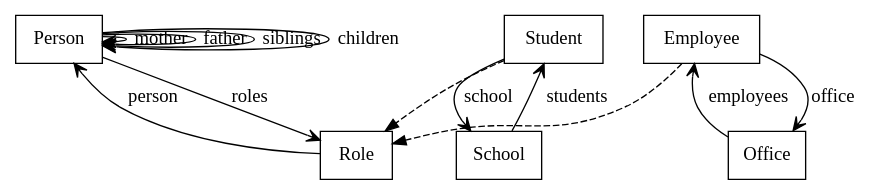
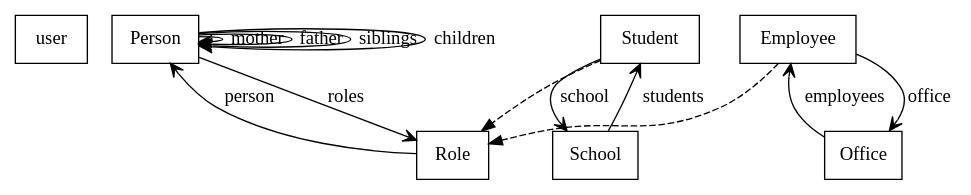
One commit to louiz/litesql changed the diagram in src/examples/exampledatabase.dot. Above: the diagram before and after it, drawn with Graphviz. The commit also changed 977 other files, not shown here.

```diff
--- a/src/examples/exampledatabase.dot
+++ b/src/examples/exampledatabase.dot
@@ -1,25 +1,26 @@
 digraph database {
   node[shape=box,color=black];
   subgraph inheritance {
     edge[style=dashed,dir=forward,arrowhead=normal];
+    "user";
     "Person";
     "Role";
     "Student" -> "Role";
     "Employee" -> "Role";
     "School";
     "Office";
   }
   subgraph relations {
     edge[dir=forward,arrowhead=vee];
     "Person" -> "Person" [label="mother"];
     "Person" -> "Person" [label="father"];
     "Person" -> "Person" [label="siblings"];
     "Person" -> "Person" [label="children"];
     "Person" -> "Role" [label="roles"];
     "Role" -> "Person" [label="person"];
     "School" -> "Student" [label="students"];
     "Student" -> "School" [label="school"];
     "Employee" -> "Office" [label="office"];
     "Office" -> "Employee" [label="employees"];
   }
 }
```
